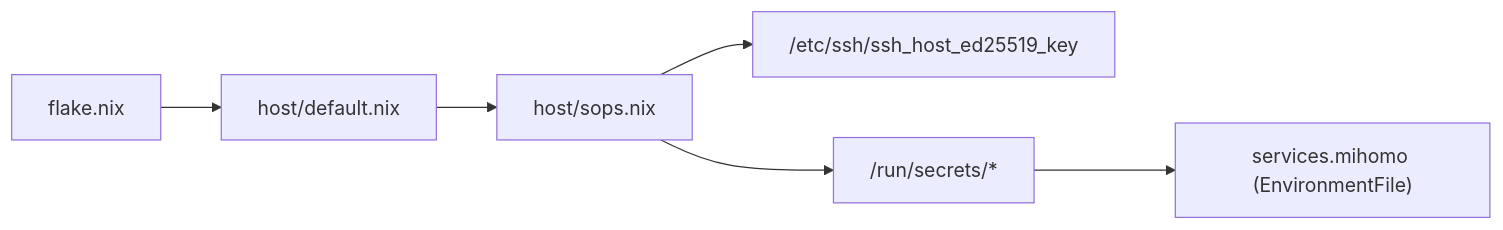
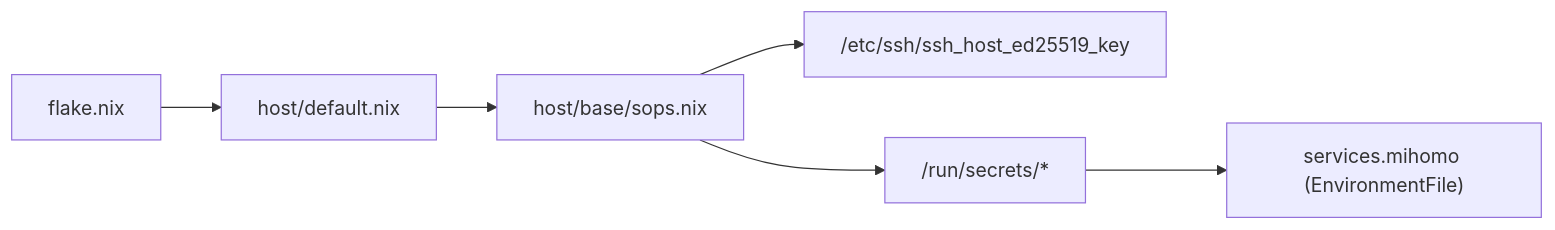
One commit to Shangshui0302/myNixOSConfig changed the third of 3 diagrams in wiki/security/sops.md. Above: the diagram before and after it, drawn with Mermaid. The commit also changed other lines of this file and 53 other files, not shown here.

````diff
--- a/wiki/security/sops.md
+++ b/wiki/security/sops.md
@@ -63,8 +63,8 @@
 ```mermaid
 graph LR
 F["flake.nix"] --> H["host/default.nix"]
-H --> S["host/sops.nix"]
+H --> S["host/base/sops.nix"]
 S --> P["/etc/ssh/ssh_host_ed25519_key"]
 S --> R["/run/secrets/*"]
 R --> M["services.mihomo (EnvironmentFile)"]
 ```
````
